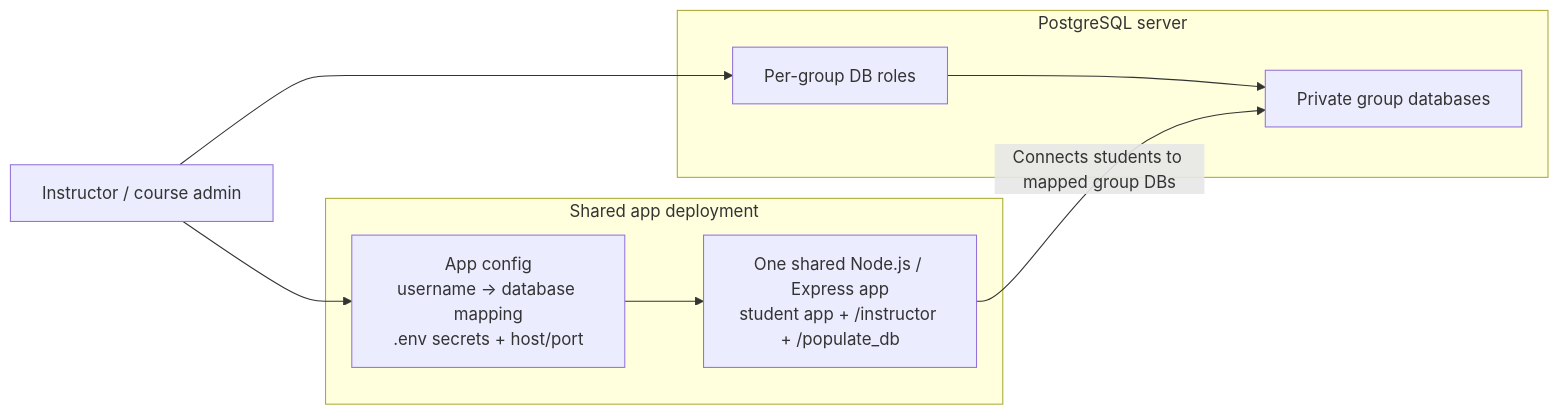
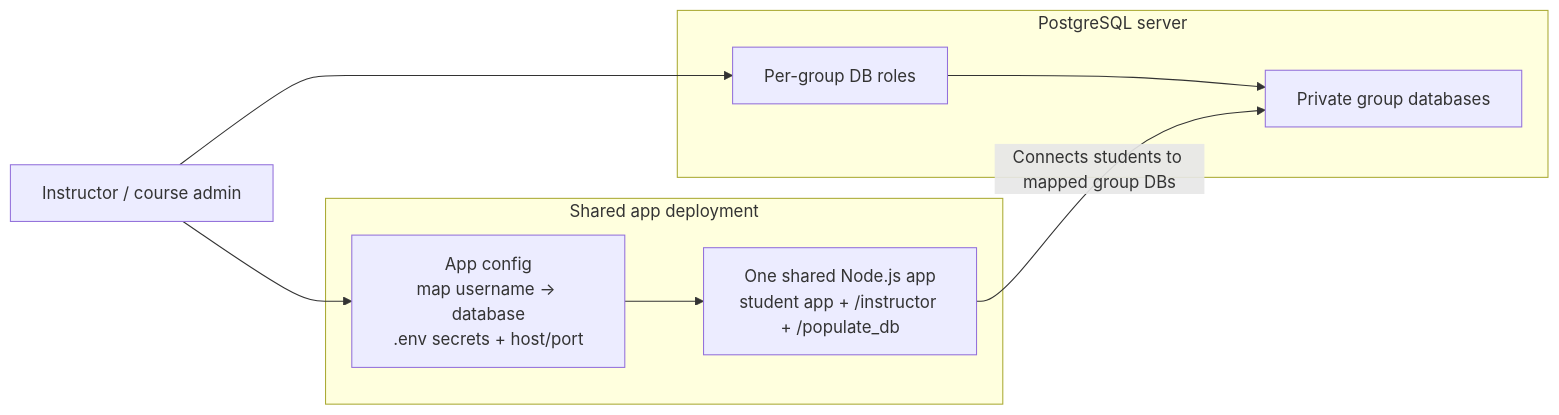
Before and after one commit to bcsaldias/sql-chat-teaching-system: the second of 3 diagrams in README.md, drawn with Mermaid.

Commit message:
Cleaned diagram

````diff
--- a/README.md
+++ b/README.md
@@ -65,24 +65,24 @@
 ```mermaid
 ---
 config:
   layout: dagre
 ---
 flowchart LR
     Instructor["Instructor / course admin"]
 
     subgraph PG["PostgreSQL server"]
         Roles["Per-group DB roles"]
         Databases["Private group databases"]
         Roles --> Databases
     end
 
     subgraph Deploy["Shared app deployment"]
-        Config["App config<br/>username -> database mapping<br/>.env secrets + host/port"]
-        App["One shared Node.js / Express app<br/>student app + /instructor + /populate_db"]
+        Config["App config<br/>map username -> database<br/>.env secrets + host/port"]
+        App["One shared Node.js app<br/>student app + /instructor + /populate_db"]
         Config --> App
     end
 
     Instructor --> Roles
     Instructor --> Config
     App -->|"Connects students to mapped group DBs"| Databases
 ```
````
